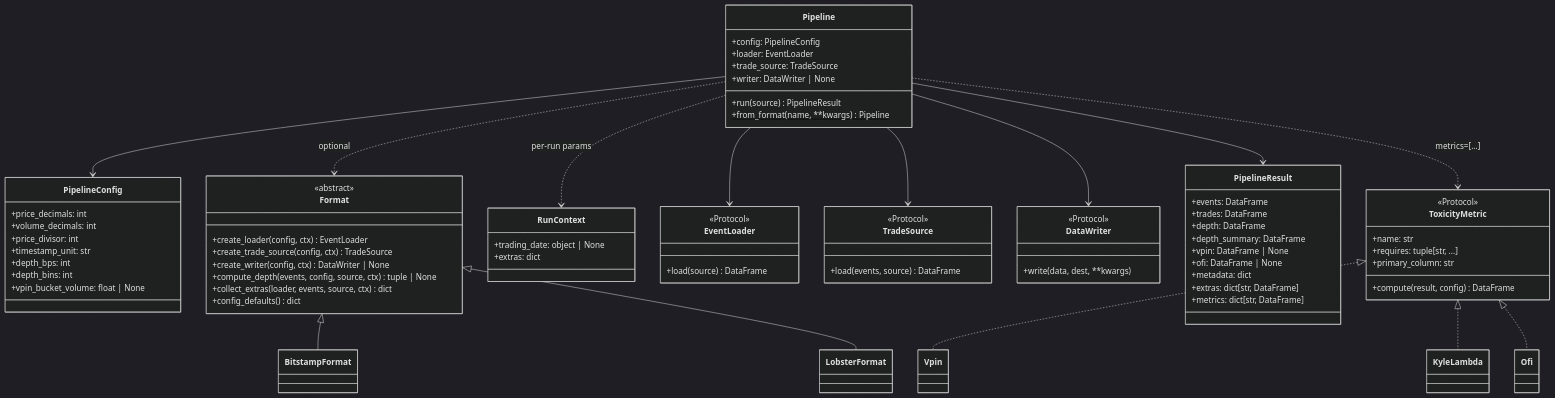
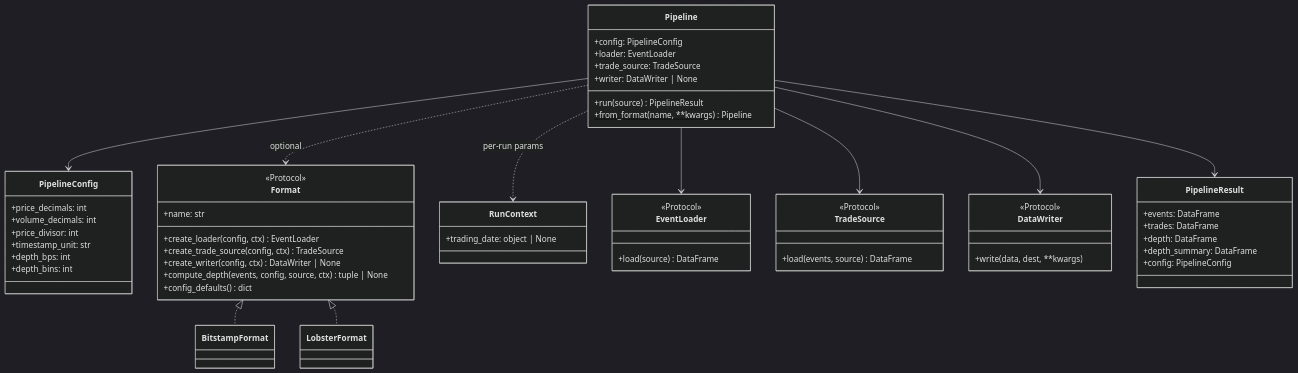
One commit to mczielinski/ob-analytics changed the diagram in ARCHITECTURE.md. Above: the diagram before and after it, drawn with Mermaid (dark theme). The commit also changed other lines of this file and 5 other files, not shown here.

Commit message:
docs: update narrative docs/README/architecture to v1.0 API

````diff
--- a/ARCHITECTURE.md
+++ b/ARCHITECTURE.md
@@ -56,22 +56,20 @@
         +timestamp_unit: str
         +depth_bps: int
         +depth_bins: int
-        +vpin_bucket_volume: float | None
     }
 
     class Format {
-        <<abstract>>
+        <<Protocol>>
+        +name: str
         +create_loader(config, ctx) EventLoader
         +create_trade_source(config, ctx) TradeSource
         +create_writer(config, ctx) DataWriter | None
         +compute_depth(events, config, source, ctx) tuple | None
-        +collect_extras(loader, events, source, ctx) dict
         +config_defaults() dict
     }
 
     class RunContext {
         +trading_date: object | None
-        +extras: dict
     }
 
     class BitstampFormat
@@ -95,24 +93,8 @@
         +trades: DataFrame
         +depth: DataFrame
         +depth_summary: DataFrame
-        +vpin: DataFrame | None
-        +ofi: DataFrame | None
-        +metadata: dict
-        +extras: dict[str, DataFrame]
-        +metrics: dict[str, DataFrame]
+        +config: PipelineConfig
     }
-
-    class ToxicityMetric {
-        <<Protocol>>
-        +name: str
-        +requires: tuple[str, ...]
-        +primary_column: str
-        +compute(result, config) DataFrame
-    }
-
-    class Vpin
-    class KyleLambda
-    class Ofi
 
     Pipeline --> PipelineConfig
     Pipeline --> EventLoader
@@ -121,10 +103,6 @@
     Pipeline --> PipelineResult
     Pipeline ..> Format : optional
     Pipeline ..> RunContext : per-run params
-    Pipeline ..> ToxicityMetric : metrics=[...]
-    Format <|-- BitstampFormat
-    Format <|-- LobsterFormat
-    ToxicityMetric <|.. Vpin
-    ToxicityMetric <|.. KyleLambda
-    ToxicityMetric <|.. Ofi
+    Format <|.. BitstampFormat
+    Format <|.. LobsterFormat
 ```
````
